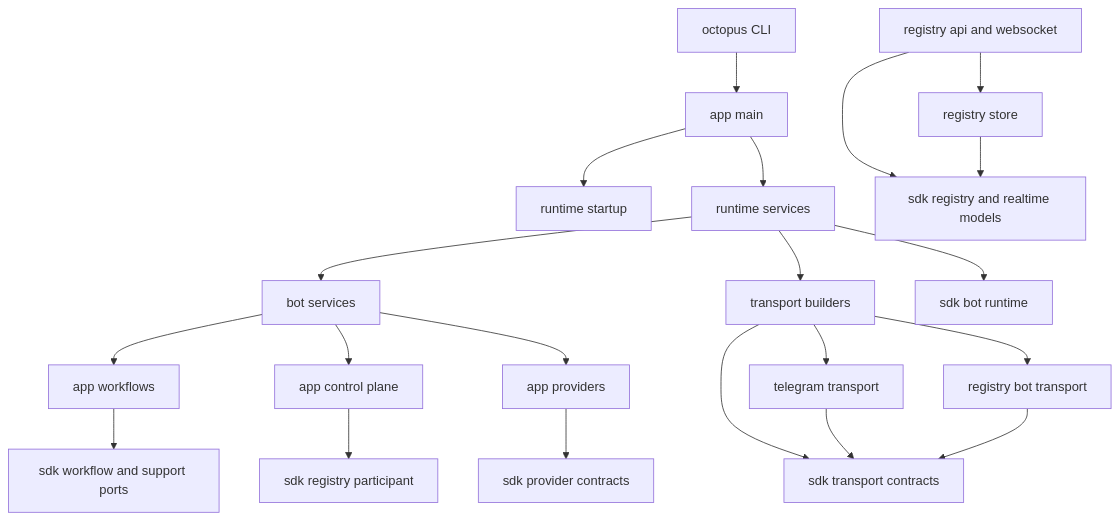
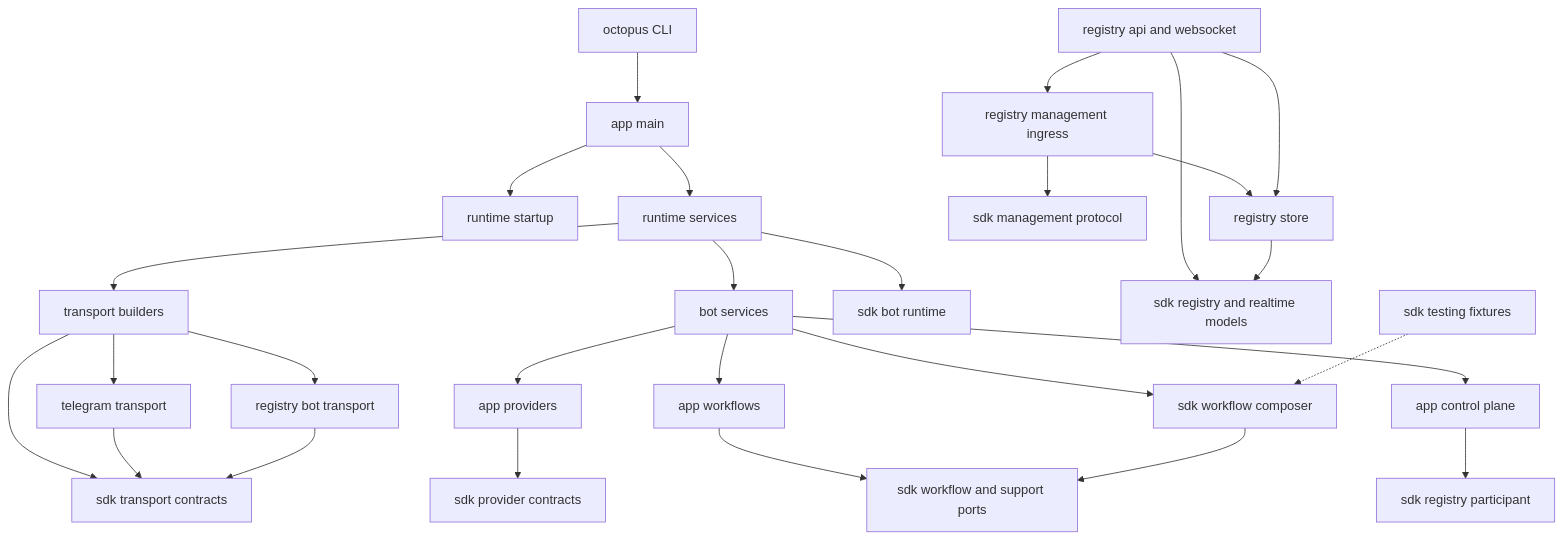
One commit to privacynow/octopus changed the second of 8 diagrams in ARCHITECTURE.md. Above: the diagram before and after it, drawn with Mermaid. The commit also changed other lines of this file and 1 other file, not shown here.

Commit message:
Update README and architecture docs

````diff
--- a/ARCHITECTURE.md
+++ b/ARCHITECTURE.md
@@ -41,45 +49,55 @@
 ```mermaid
 flowchart TB
     cli["octopus CLI"]
     main["app main"]
     startup["runtime startup"]
     services["runtime services"]
     builders["transport builders"]
     bot_services["bot services"]
     telegram_transport["telegram transport"]
     registry_transport["registry bot transport"]
     app_workflows["app workflows"]
     app_control["app control plane"]
     app_providers["app providers"]
 
     sdk_runtime["sdk bot runtime"]
     sdk_transport["sdk transport contracts"]
     sdk_participant["sdk registry participant"]
+    sdk_management["sdk management protocol"]
+    sdk_composer["sdk workflow composer"]
     sdk_ports["sdk workflow and support ports"]
     sdk_provider["sdk provider contracts"]
     sdk_models["sdk registry and realtime models"]
+    sdk_testing["sdk testing fixtures"]
 
     registry_api["registry api and websocket"]
+    registry_management["registry management ingress"]
     registry_store["registry store"]
 
     cli --> main
     main --> startup
     main --> services
     services --> bot_services
     services --> builders
     services --> sdk_runtime
     builders --> telegram_transport
     builders --> registry_transport
     builders --> sdk_transport
     bot_services --> app_workflows
     bot_services --> app_control
     bot_services --> app_providers
+    bot_services --> sdk_composer
     app_workflows --> sdk_ports
     app_control --> sdk_participant
     app_providers --> sdk_provider
     telegram_transport --> sdk_transport
     registry_transport --> sdk_transport
+    registry_api --> registry_management
+    registry_management --> sdk_management
+    registry_management --> registry_store
     registry_api --> registry_store
     registry_api --> sdk_models
     registry_store --> sdk_models
+    sdk_composer --> sdk_ports
+    sdk_testing -.-> sdk_composer
 ```
````
